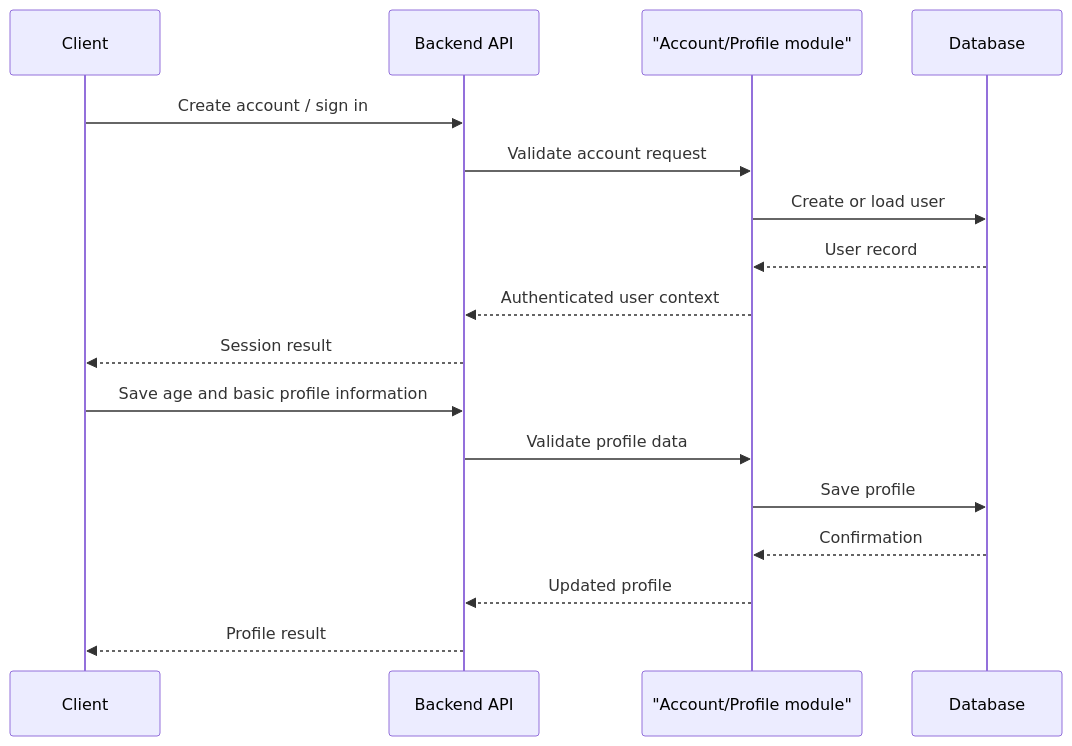
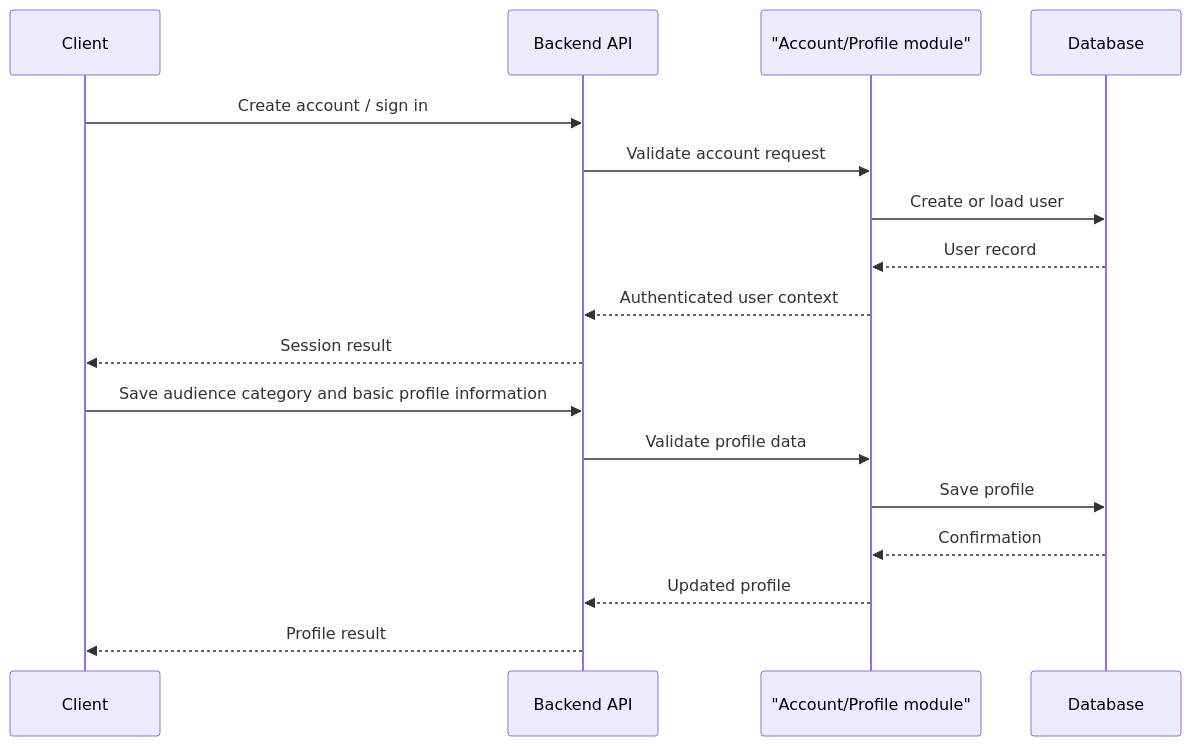
Before and after one commit to yassine0010/pikpok: the second of 9 diagrams in technical-architecture.md, drawn with Mermaid. The commit also changed other lines of this file and 3 other files, not shown here.

````diff
--- a/technical-architecture.md
+++ b/technical-architecture.md
@@ -599,21 +684,21 @@
 ```mermaid
 sequenceDiagram
     participant C as Client
     participant A as Backend API
     participant U as "Account/Profile module"
     participant D as Database
 
     C->>A: Create account / sign in
     A->>U: Validate account request
     U->>D: Create or load user
     D-->>U: User record
     U-->>A: Authenticated user context
     A-->>C: Session result
 
-    C->>A: Save age and basic profile information
+    C->>A: Save audience category and basic profile information
     A->>U: Validate profile data
     U->>D: Save profile
     D-->>U: Confirmation
     U-->>A: Updated profile
     A-->>C: Profile result
 ```
````
